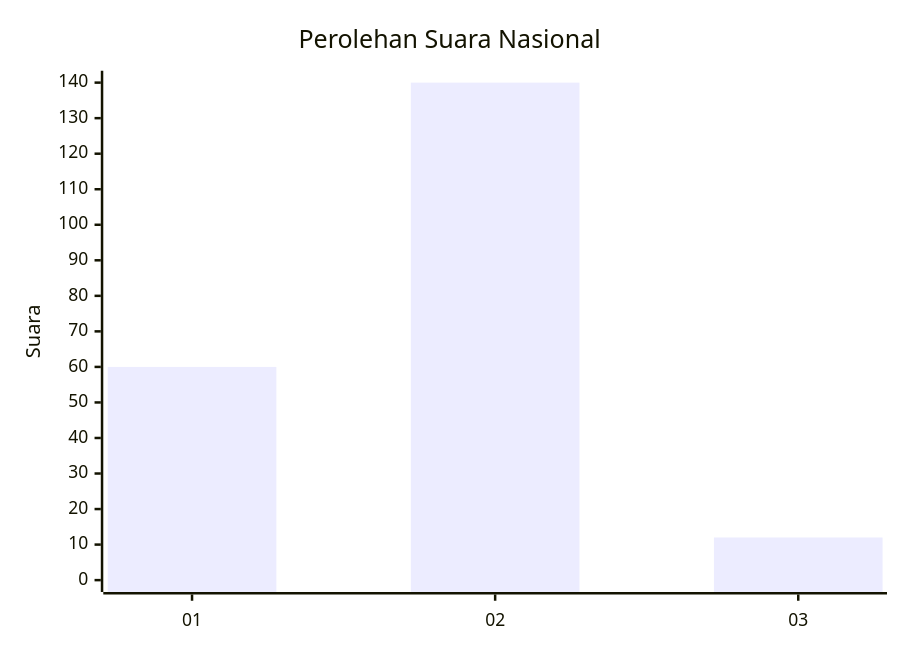
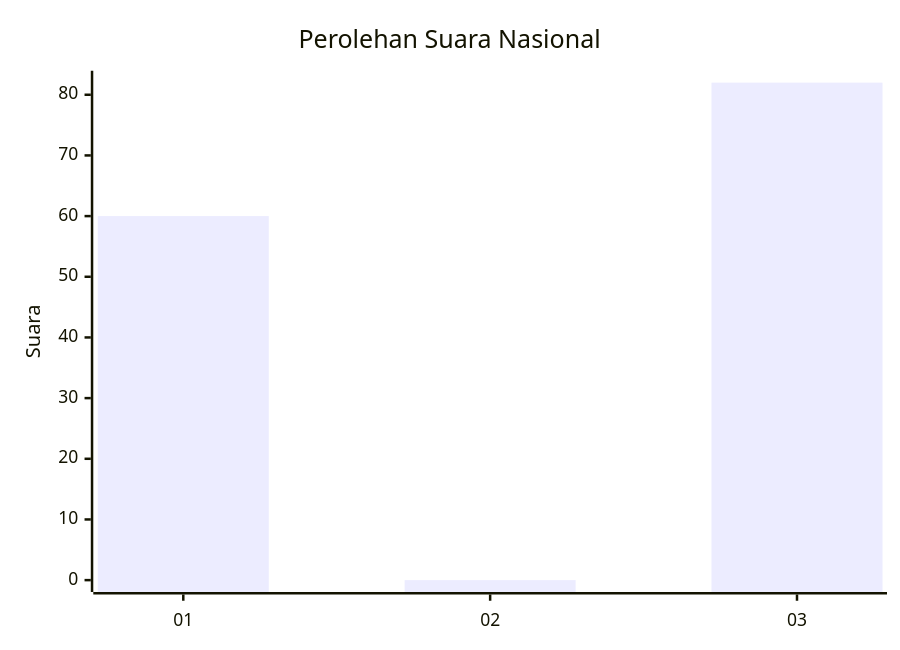
One commit to gigit-pemilu/pemilu-2024-52-nusa-tenggara-barat changed the first of 2 diagrams in pilpres/hitung-suara/sub/52-nusa-tenggara-barat/sub/01-lombok-barat/sub/03-narmada/sub/2007-sedau/sub/016-tps/README.md. Above: the diagram before and after it, drawn with Mermaid. The commit also changed other lines of this file and 721 other files, not shown here.

````diff
--- a/pilpres/hitung-suara/sub/52-nusa-tenggara-barat/sub/01-lombok-barat/sub/03-narmada/sub/2007-sedau/sub/016-tps/README.md
+++ b/pilpres/hitung-suara/sub/52-nusa-tenggara-barat/sub/01-lombok-barat/sub/03-narmada/sub/2007-sedau/sub/016-tps/README.md
@@ -5,7 +5,7 @@
 ```mermaid
 xychart-beta
     title "Perolehan Suara Nasional"
     x-axis [01, 02, 03]
-    y-axis "Suara" 0 --> 140
-    bar [60, 140, 12]
+    y-axis "Suara" 0 --> 82
+    bar [60, 0, 82]
 ```
````
